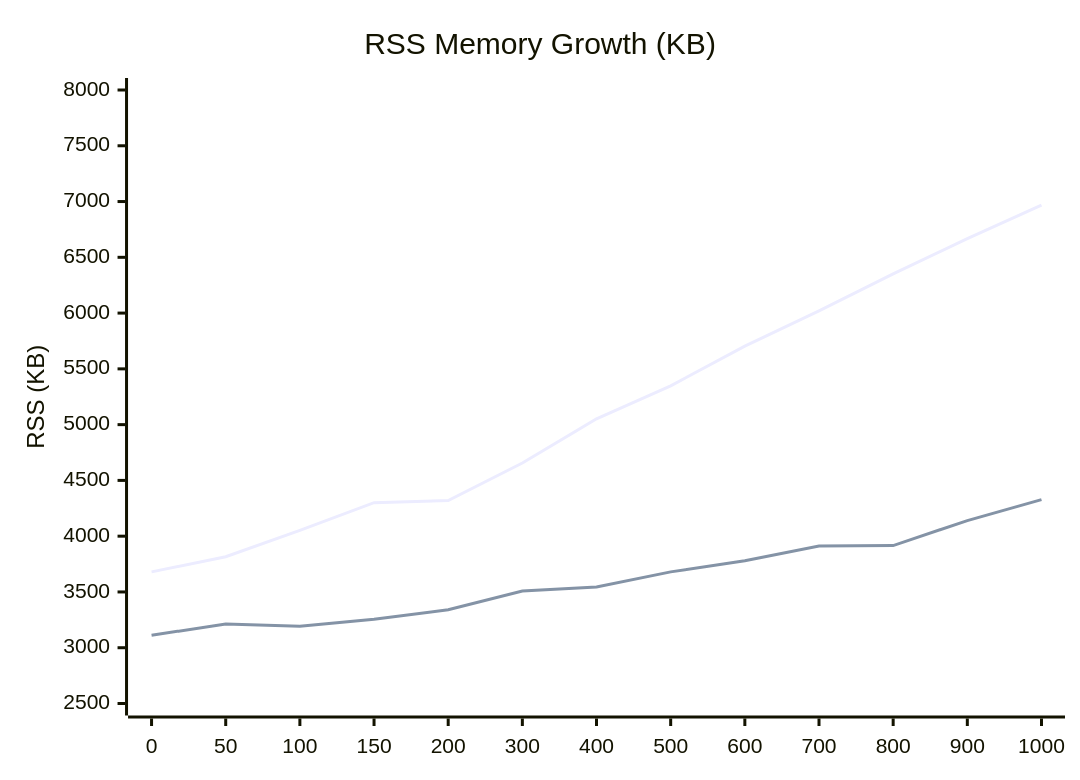
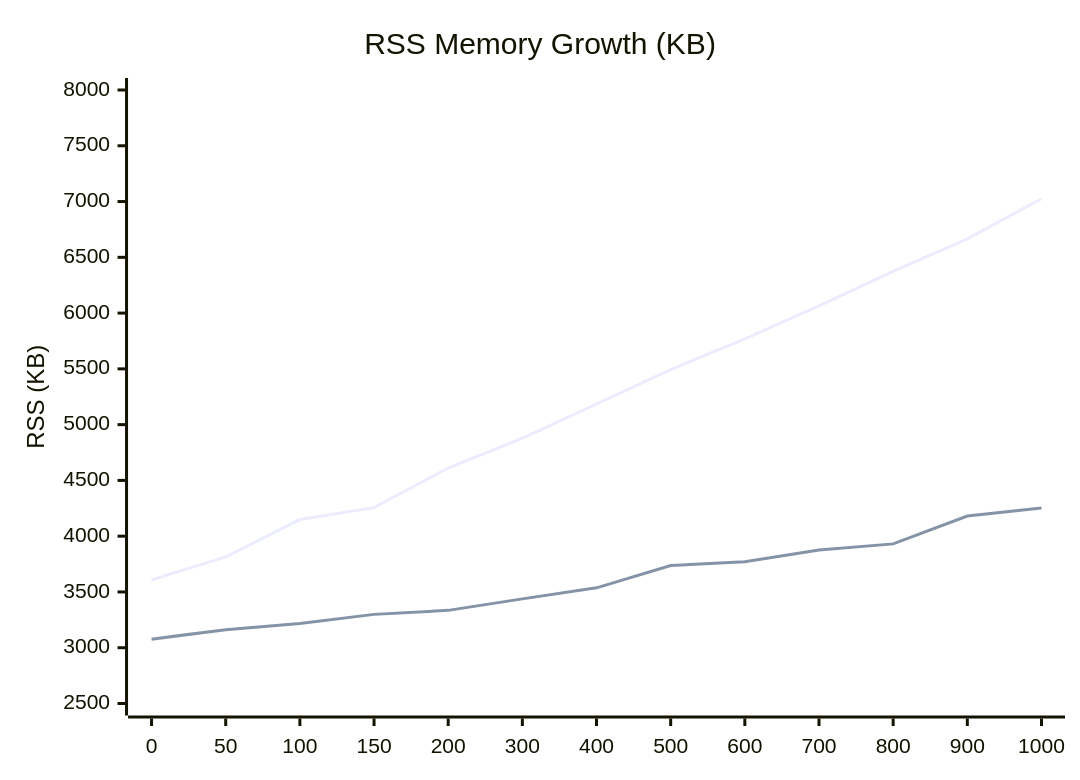
The first of 2 diagrams in docs/architecture/performance-benchmarks.md (loft-games/service-daemon-rs), drawn with Mermaid before and after one commit. The commit also changed other lines of this file and 2 other files, not shown here.

````diff
--- a/docs/architecture/performance-benchmarks.md
+++ b/docs/architecture/performance-benchmarks.md
@@ -49,8 +50,8 @@
 ```mermaid
 xychart-beta
     title "RSS Memory Growth (KB)"
     x-axis ["0", "50", "100", "150", "200", "300", "400", "500", "600", "700", "800", "900", "1000"]
     y-axis "RSS (KB)" 2500 --> 8000
-    line [3680, 3816, 4052, 4300, 4320, 4656, 5052, 5348, 5704, 6020, 6352, 6668, 6968]
-    line [3112, 3212, 3192, 3256, 3340, 3508, 3544, 3680, 3780, 3912, 3916, 4140, 4328]
+    line [3608, 3815, 4149, 4256, 4611, 4878, 5185, 5493, 5769, 6064, 6373, 6666, 7025]
+    line [3077, 3162, 3218, 3299, 3335, 3438, 3537, 3737, 3771, 3876, 3931, 4181, 4252]
 ```
````
